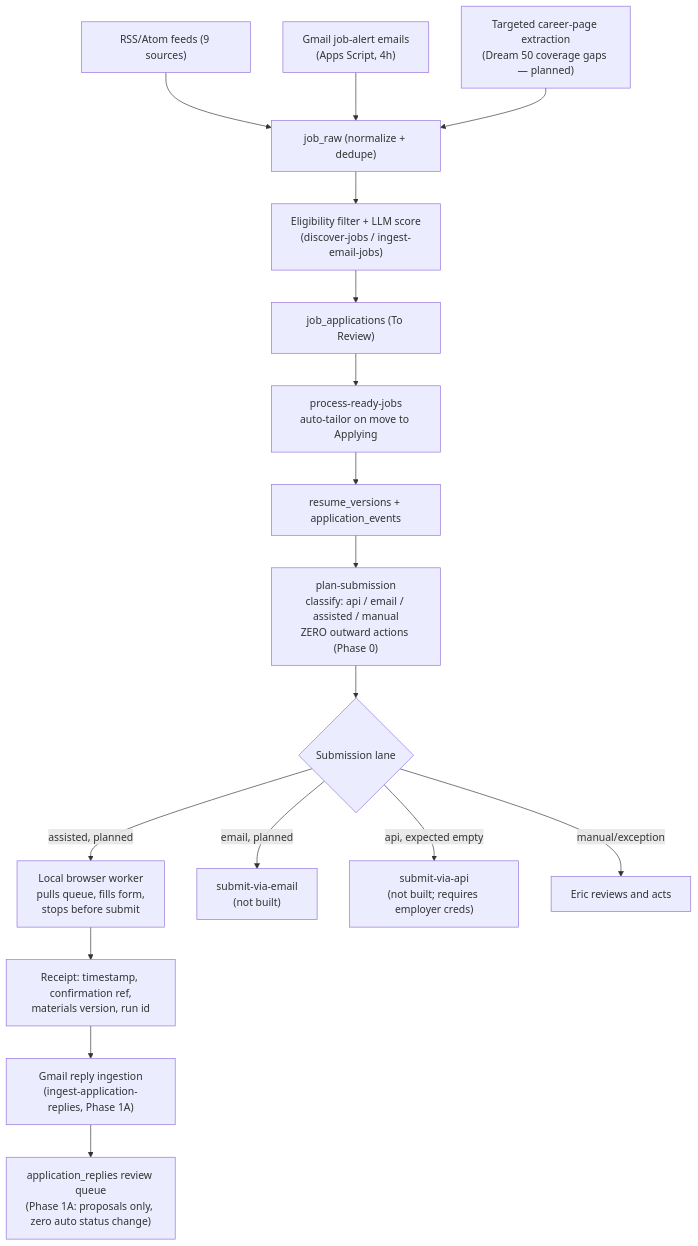
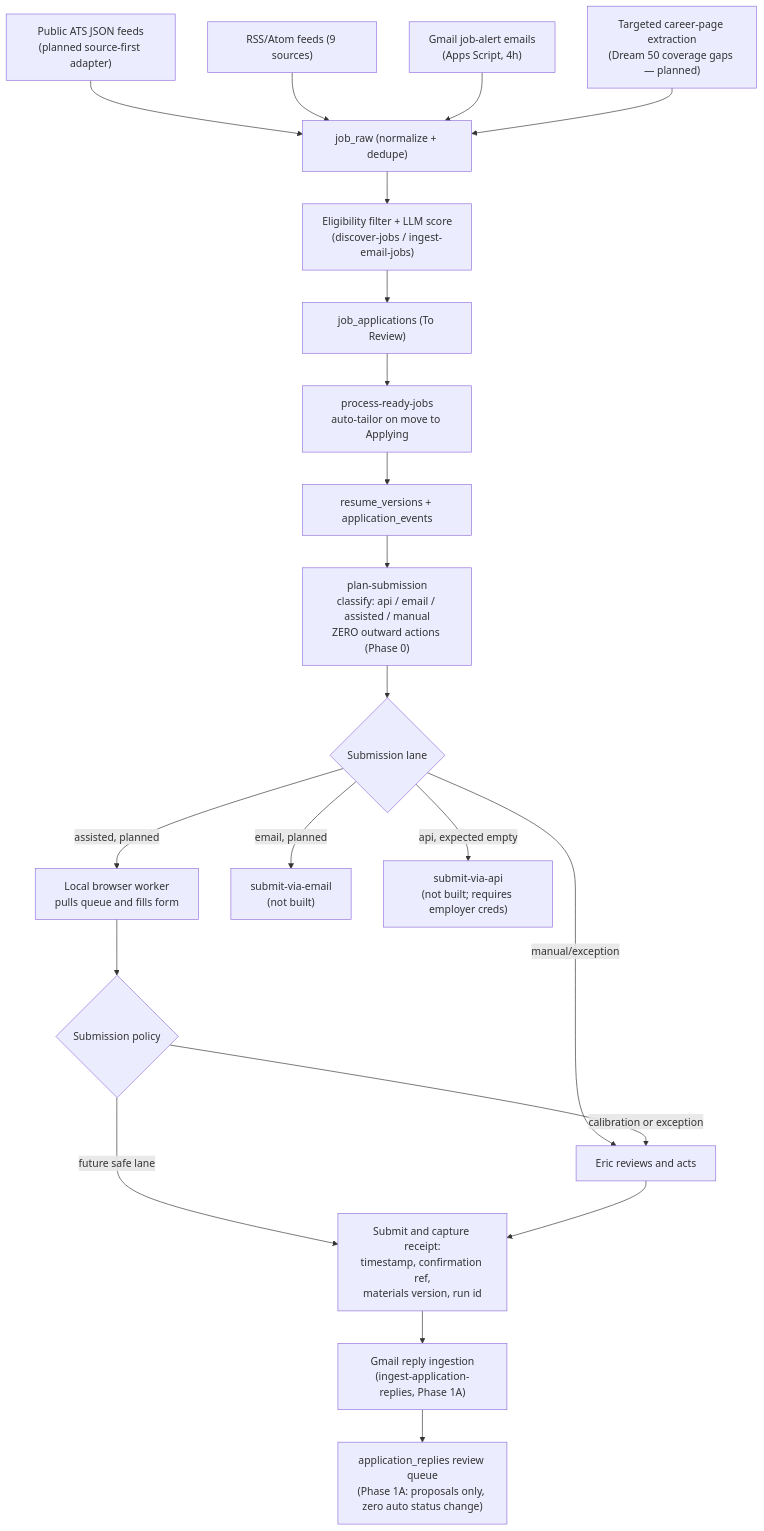
The diagram in docs/status-and-architecture.md (ekazee01-lgtm/jobsearch), drawn with Mermaid before and after one commit. The commit also changed other lines of this file, not shown here.

Commit message:
docs: apply canonical architecture corrections

````diff
--- a/docs/status-and-architecture.md
+++ b/docs/status-and-architecture.md
@@ -137,19 +139,23 @@
 ```mermaid
 flowchart TD
-    A1["RSS/Atom feeds (9 sources)"] --> N["job_raw (normalize + dedupe)"]
+    A0["Public ATS JSON feeds\n(planned source-first adapter)"] --> N["job_raw (normalize + dedupe)"]
+    A1["RSS/Atom feeds (9 sources)"] --> N
     A2["Gmail job-alert emails\n(Apps Script, 4h)"] --> N
     A3["Targeted career-page extraction\n(Dream 50 coverage gaps — planned)"] --> N
     N --> S["Eligibility filter + LLM score\n(discover-jobs / ingest-email-jobs)"]
     S --> J["job_applications (To Review)"]
     J --> T["process-ready-jobs\nauto-tailor on move to Applying"]
     T --> R["resume_versions + application_events"]
     R --> P["plan-submission\nclassify: api / email / assisted / manual\nZERO outward actions (Phase 0)"]
     P --> Q{"Submission lane"}
-    Q -->|assisted, planned| W["Local browser worker\npulls queue, fills form,\nstops before submit"]
+    Q -->|assisted, planned| W["Local browser worker\npulls queue and fills form"]
     Q -->|email, planned| E["submit-via-email\n(not built)"]
     Q -->|api, expected empty| X["submit-via-api\n(not built; requires employer creds)"]
     Q -->|manual/exception| Eric["Eric reviews and acts"]
-    W --> Receipt["Receipt: timestamp, confirmation ref,\nmaterials version, run id"]
+    W --> Policy{"Submission policy"}
+    Policy -->|calibration or exception| Eric
+    Policy -->|future safe lane| Receipt["Submit and capture receipt:\ntimestamp, confirmation ref,\nmaterials version, run id"]
+    Eric --> Receipt
     Receipt --> Recon["Gmail reply ingestion\n(ingest-application-replies, Phase 1A)"]
     Recon --> Outcome["application_replies review queue\n(Phase 1A: proposals only, zero auto status change)"]
 ```
````
